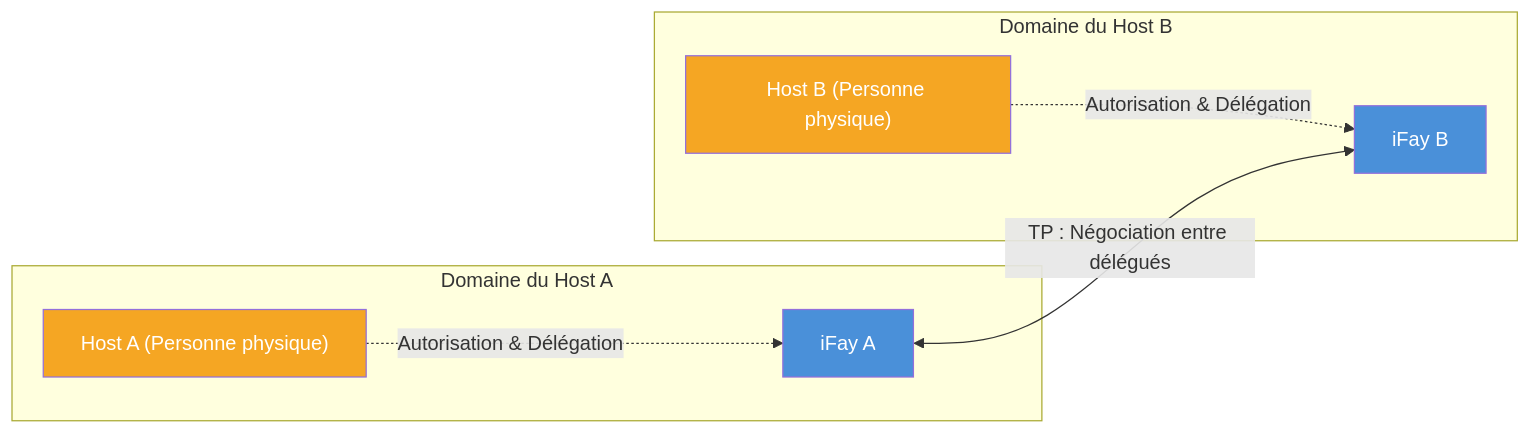
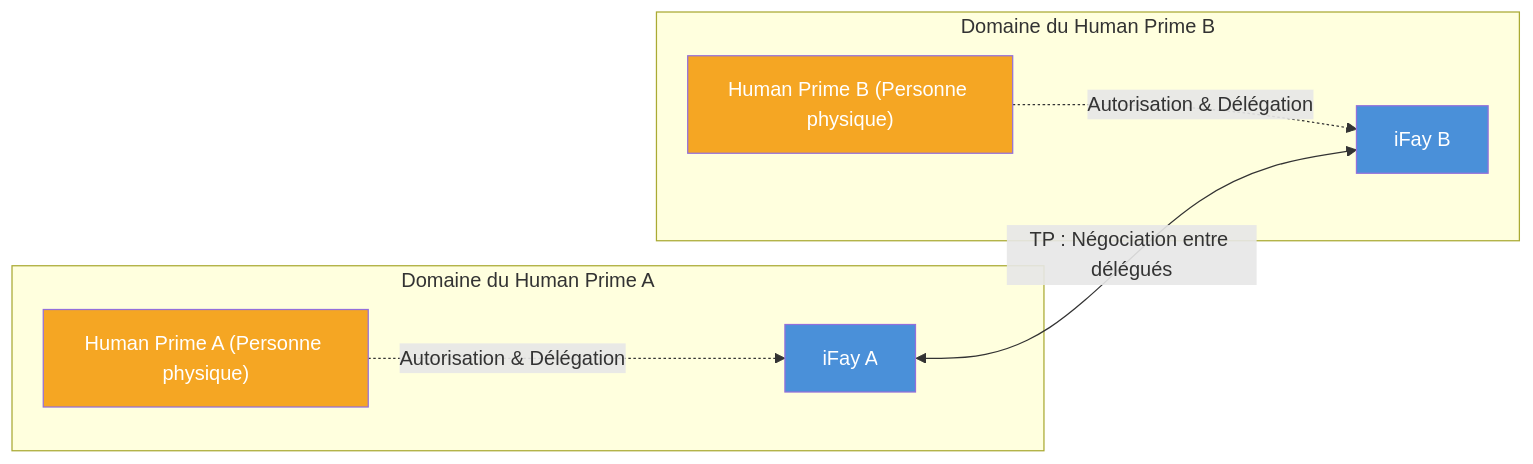
Before and after one commit to ChainModePilot/Telepathy-Protocol: the second of 2 diagrams in docs/fr/blueprint/1-pourquoi-tp-est-necessaire.md, drawn with Mermaid. The commit also changed other lines of this file and 68 other files, not shown here.

First line of the commit message:
Use 'Human Prime' instead of 'Host' in blueprints

````diff
--- a/docs/fr/blueprint/1-pourquoi-tp-est-necessaire.md
+++ b/docs/fr/blueprint/1-pourquoi-tp-est-necessaire.md
@@ -76,21 +76,21 @@
 ```mermaid
 graph LR
-    subgraph "Domaine du Host A"
-        HA["Host A (Personne physique)"]
+    subgraph "Domaine du Human Prime A"
+        HA["Human Prime A (Personne physique)"]
         FA["iFay A"]
         HA -.->|"Autorisation & Délégation"| FA
     end
 
-    subgraph "Domaine du Host B"
-        HB["Host B (Personne physique)"]
+    subgraph "Domaine du Human Prime B"
+        HB["Human Prime B (Personne physique)"]
         FB["iFay B"]
         HB -.->|"Autorisation & Délégation"| FB
     end
 
     FA <-->|"TP : Négociation entre délégués"| FB
 
     style FA fill:#4A90D9,color:#fff
     style FB fill:#4A90D9,color:#fff
     style HA fill:#F5A623,color:#fff
     style HB fill:#F5A623,color:#fff
 ```
````
